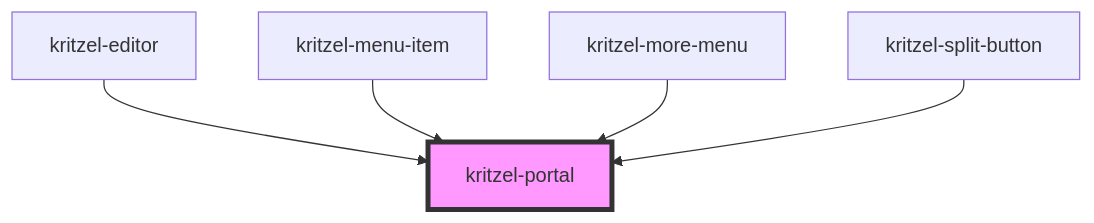
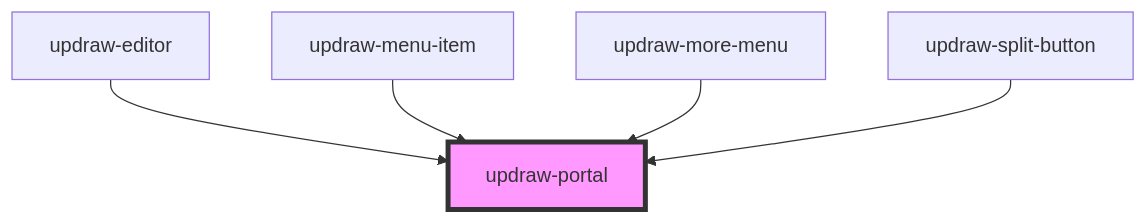
One commit to kasual1/kritzel changed the diagram in libs/editor/core/src/components/updraw-portal/readme.md. Above: the diagram before and after it, drawn with Mermaid. The commit also changed other lines of this file and 1129 other files, not shown here.

First line of the commit message:
Replace kritzel with updraw across the codebase

````diff
--- a/libs/editor/core/src/components/updraw-portal/readme.md
+++ b/libs/editor/core/src/components/updraw-portal/readme.md
@@ -42,8 +42,8 @@
 ```mermaid
 graph TD;
-  kritzel-editor --> kritzel-portal
-  kritzel-menu-item --> kritzel-portal
-  kritzel-more-menu --> kritzel-portal
-  kritzel-split-button --> kritzel-portal
-  style kritzel-portal fill:#f9f,stroke:#333,stroke-width:4px
+  updraw-editor --> updraw-portal
+  updraw-menu-item --> updraw-portal
+  updraw-more-menu --> updraw-portal
+  updraw-split-button --> updraw-portal
+  style updraw-portal fill:#f9f,stroke:#333,stroke-width:4px
 ```
````
